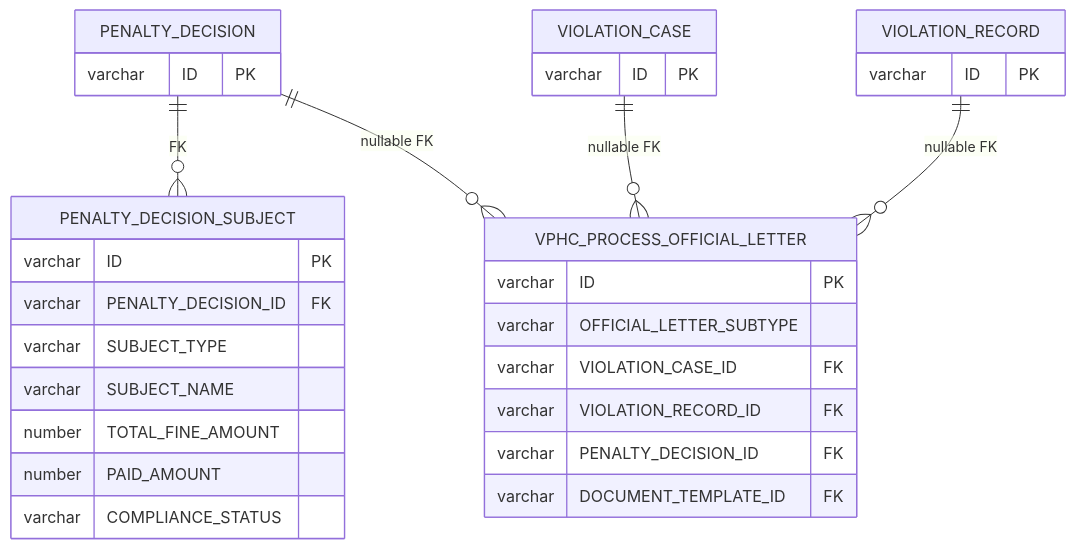
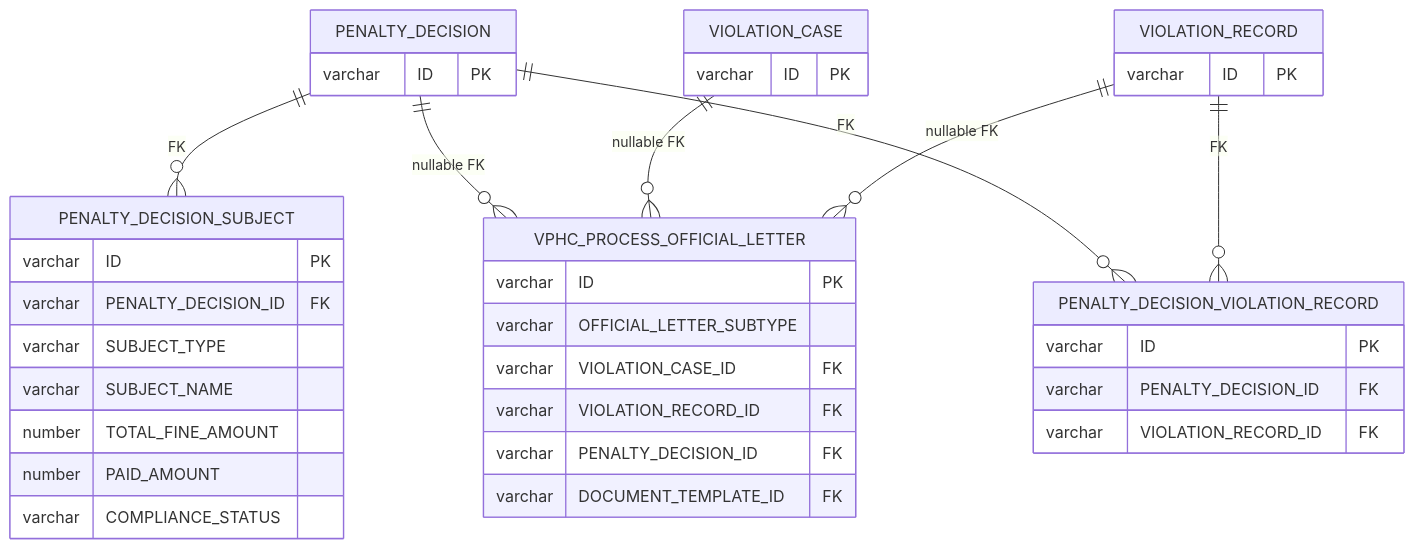
Before and after one commit to linhlvit/ubck_atomic_design: the first of 2 diagrams in DataModel/working/Atomic/hld/THANHTRA_HLD_Tier5.md, drawn with Mermaid. The commit also changed other lines of this file and 101 other files, not shown here.

````diff
--- a/DataModel/working/Atomic/hld/THANHTRA_HLD_Tier5.md
+++ b/DataModel/working/Atomic/hld/THANHTRA_HLD_Tier5.md
@@ -19,35 +20,42 @@
 ```mermaid
 erDiagram
     PENALTY_DECISION {
         varchar ID PK
     }
     VIOLATION_CASE {
         varchar ID PK
     }
     VIOLATION_RECORD {
         varchar ID PK
     }
 
     PENALTY_DECISION_SUBJECT {
         varchar ID PK
         varchar PENALTY_DECISION_ID FK
         varchar SUBJECT_TYPE
         varchar SUBJECT_NAME
         number TOTAL_FINE_AMOUNT
         number PAID_AMOUNT
         varchar COMPLIANCE_STATUS
     }
     VPHC_PROCESS_OFFICIAL_LETTER {
         varchar ID PK
         varchar OFFICIAL_LETTER_SUBTYPE
         varchar VIOLATION_CASE_ID FK
         varchar VIOLATION_RECORD_ID FK
         varchar PENALTY_DECISION_ID FK
         varchar DOCUMENT_TEMPLATE_ID FK
     }
+    PENALTY_DECISION_VIOLATION_RECORD {
+        varchar ID PK
+        varchar PENALTY_DECISION_ID FK
+        varchar VIOLATION_RECORD_ID FK
+    }
 
     PENALTY_DECISION ||--o{ PENALTY_DECISION_SUBJECT : "FK"
     PENALTY_DECISION ||--o{ VPHC_PROCESS_OFFICIAL_LETTER : "nullable FK"
     VIOLATION_CASE ||--o{ VPHC_PROCESS_OFFICIAL_LETTER : "nullable FK"
     VIOLATION_RECORD ||--o{ VPHC_PROCESS_OFFICIAL_LETTER : "nullable FK"
+    PENALTY_DECISION ||--o{ PENALTY_DECISION_VIOLATION_RECORD : "FK"
+    VIOLATION_RECORD ||--o{ PENALTY_DECISION_VIOLATION_RECORD : "FK"
 ```
````
